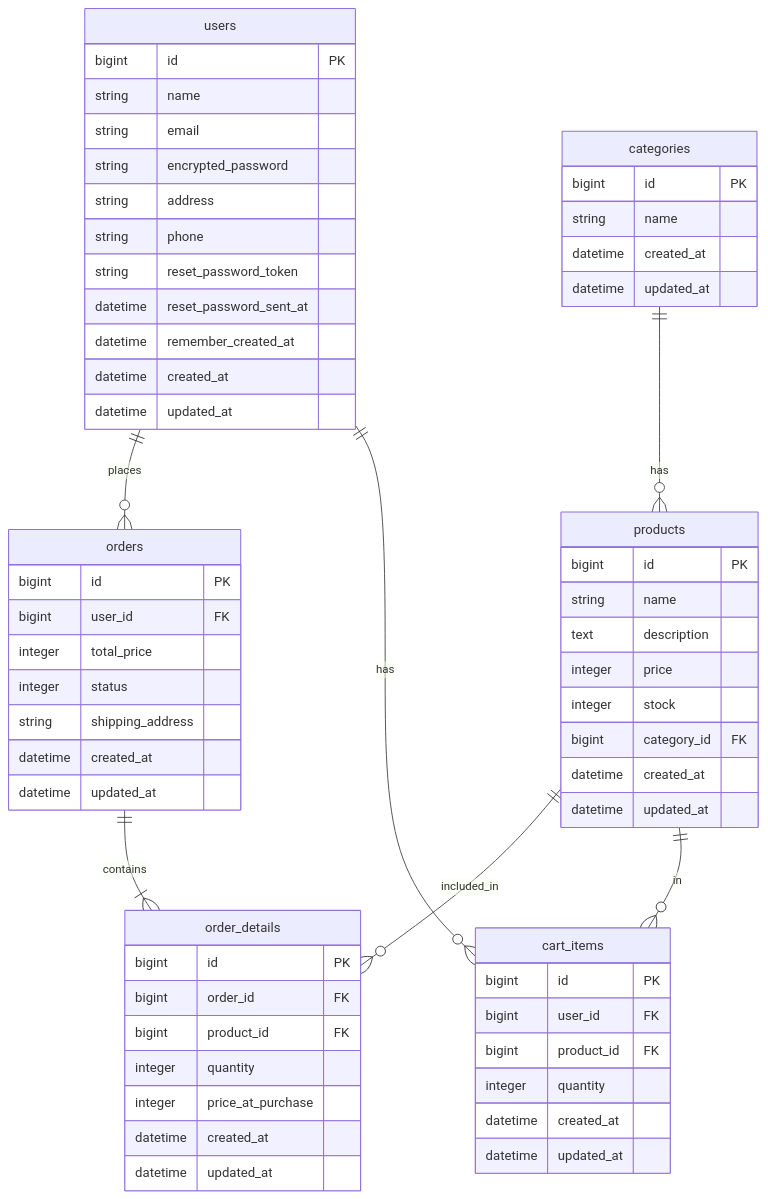
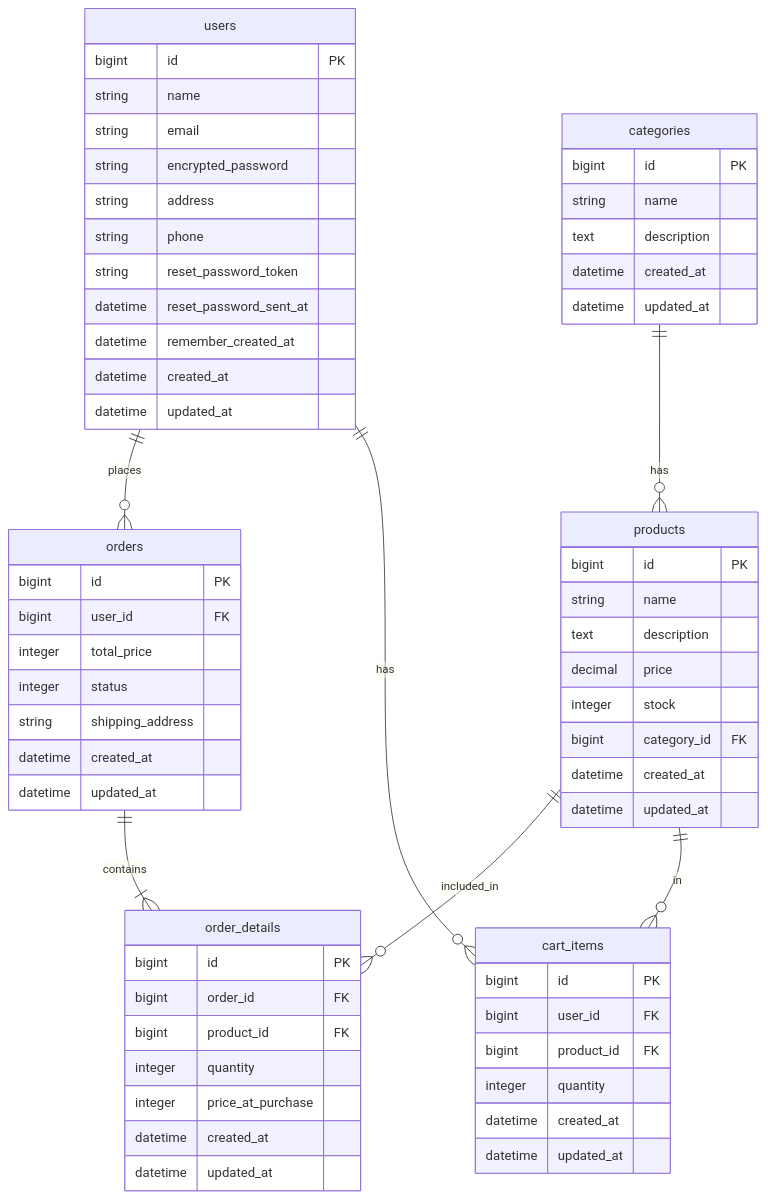
One commit to tomooshima0828/portfolio-next-rails-ecsite changed the diagram in docs/specifications/er_diagram.md. Above: the diagram before and after it, drawn with Mermaid. The commit also changed 21 other files, not shown here.

````diff
--- a/docs/specifications/er_diagram.md
+++ b/docs/specifications/er_diagram.md
@@ -3,73 +3,74 @@
 ```mermaid
 erDiagram
     users {
         bigint id PK
         string name
         string email
         string encrypted_password
         string address
         string phone
         string reset_password_token
         datetime reset_password_sent_at
         datetime remember_created_at
         datetime created_at
         datetime updated_at
     }
 
     products {
         bigint id PK
         string name
         text description
-        integer price
+        decimal price
         integer stock
         bigint category_id FK
         datetime created_at
         datetime updated_at
     }
 
     categories {
         bigint id PK
         string name
+        text description
         datetime created_at
         datetime updated_at
     }
 
     orders {
         bigint id PK
         bigint user_id FK
         integer total_price
         integer status
         string shipping_address
         datetime created_at
         datetime updated_at
     }
 
     order_details {
         bigint id PK
         bigint order_id FK
         bigint product_id FK
         integer quantity
         integer price_at_purchase
         datetime created_at
         datetime updated_at
     }
 
     cart_items {
         bigint id PK
         bigint user_id FK
         bigint product_id FK
         integer quantity
         datetime created_at
         datetime updated_at
     }
 
     users ||--o{ orders : "places"
     users ||--o{ cart_items : "has"
 
     orders ||--|{ order_details : "contains"
     products ||--o{ order_details : "included_in"
     products ||--o{ cart_items : "in"
 
     categories ||--o{ products : "has"
 
 ```
````
